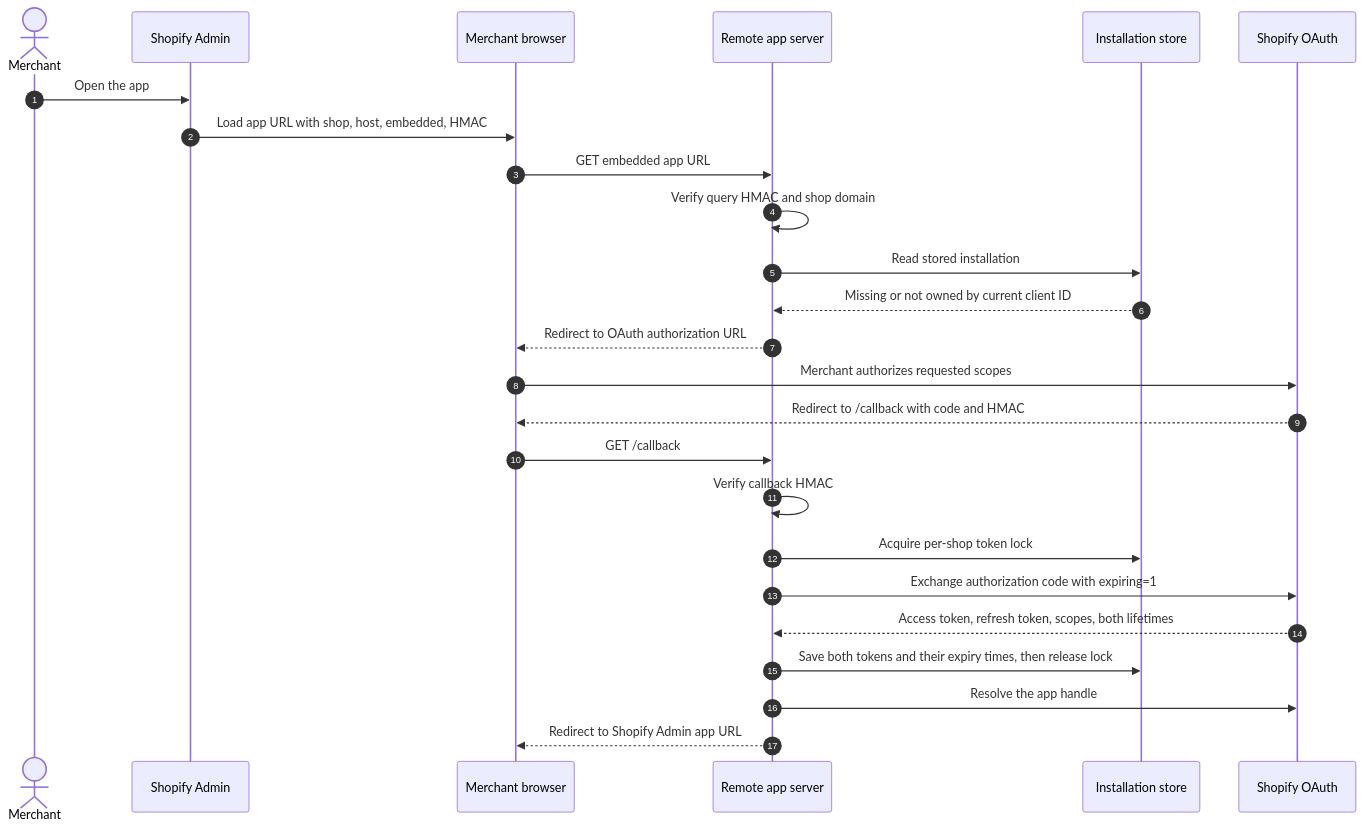
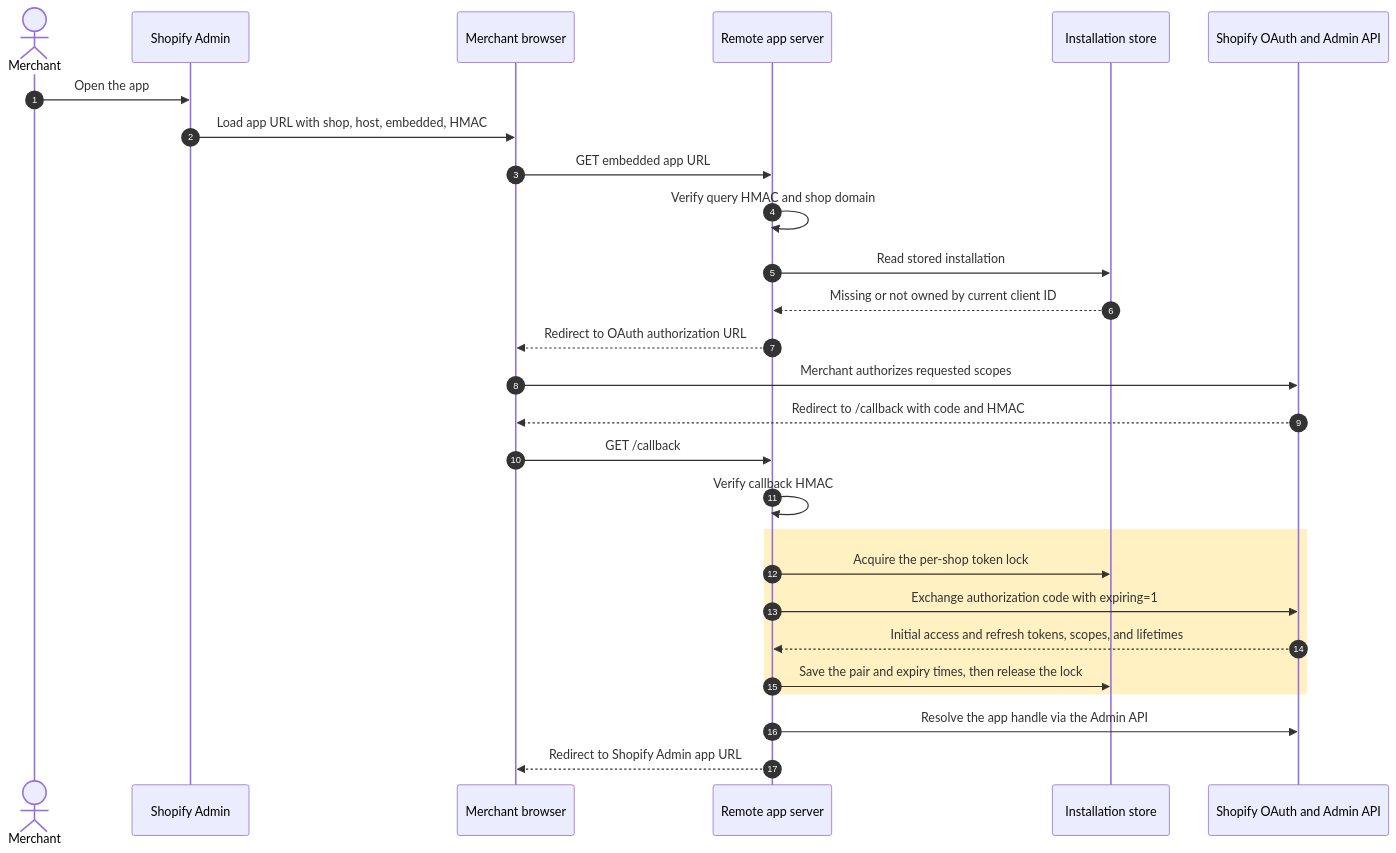
One commit to benzookapi/shopify-barebone-app-sample changed the first of 10 diagrams in docs/00-ARCHITECTURE.md. Above: the diagram before and after it, drawn with Mermaid. The commit also changed other lines of this file, not shown here.

Commit message:
Highlight offline token locking in embedded request flows

````diff
--- a/docs/00-ARCHITECTURE.md
+++ b/docs/00-ARCHITECTURE.md
@@ -26,28 +26,30 @@
 ```mermaid
 sequenceDiagram
     autonumber
     actor Merchant
     participant Admin as Shopify Admin
     participant Browser as Merchant browser
     participant App as Remote app server
     participant Store as Installation store
-    participant OAuth as Shopify OAuth
+    participant Shopify as Shopify OAuth and Admin API
 
     Merchant->>Admin: Open the app
     Admin->>Browser: Load app URL with shop, host, embedded, HMAC
     Browser->>App: GET embedded app URL
     App->>App: Verify query HMAC and shop domain
     App->>Store: Read stored installation
     Store-->>App: Missing or not owned by current client ID
     App-->>Browser: Redirect to OAuth authorization URL
-    Browser->>OAuth: Merchant authorizes requested scopes
-    OAuth-->>Browser: Redirect to /callback with code and HMAC
+    Browser->>Shopify: Merchant authorizes requested scopes
+    Shopify-->>Browser: Redirect to /callback with code and HMAC
     Browser->>App: GET /callback
     App->>App: Verify callback HMAC
-    App->>Store: Acquire per-shop token lock
-    App->>OAuth: Exchange authorization code with expiring=1
-    OAuth-->>App: Access token, refresh token, scopes, both lifetimes
-    App->>Store: Save both tokens and their expiry times, then release lock
-    App->>OAuth: Resolve the app handle
+    rect rgba(255, 210, 50, 0.30)
+        App->>Store: Acquire the per-shop token lock
+        App->>Shopify: Exchange authorization code with expiring=1
+        Shopify-->>App: Initial access and refresh tokens, scopes, and lifetimes
+        App->>Store: Save the pair and expiry times, then release the lock
+    end
+    App->>Shopify: Resolve the app handle via the Admin API
     App-->>Browser: Redirect to Shopify Admin app URL
 ```
````
